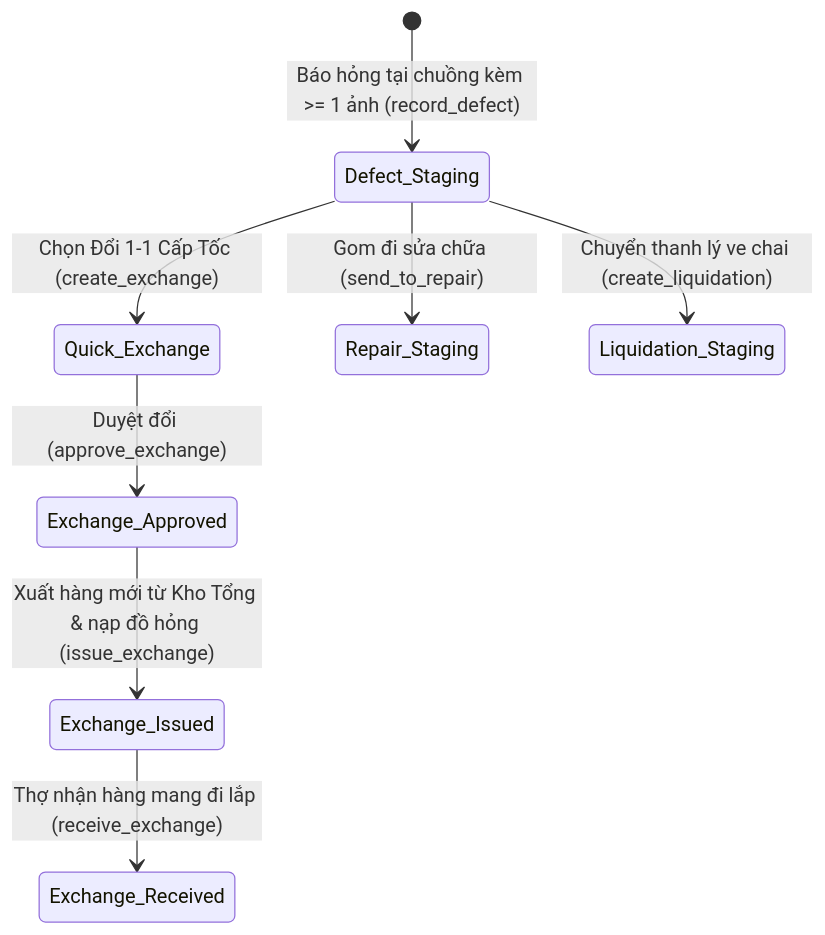
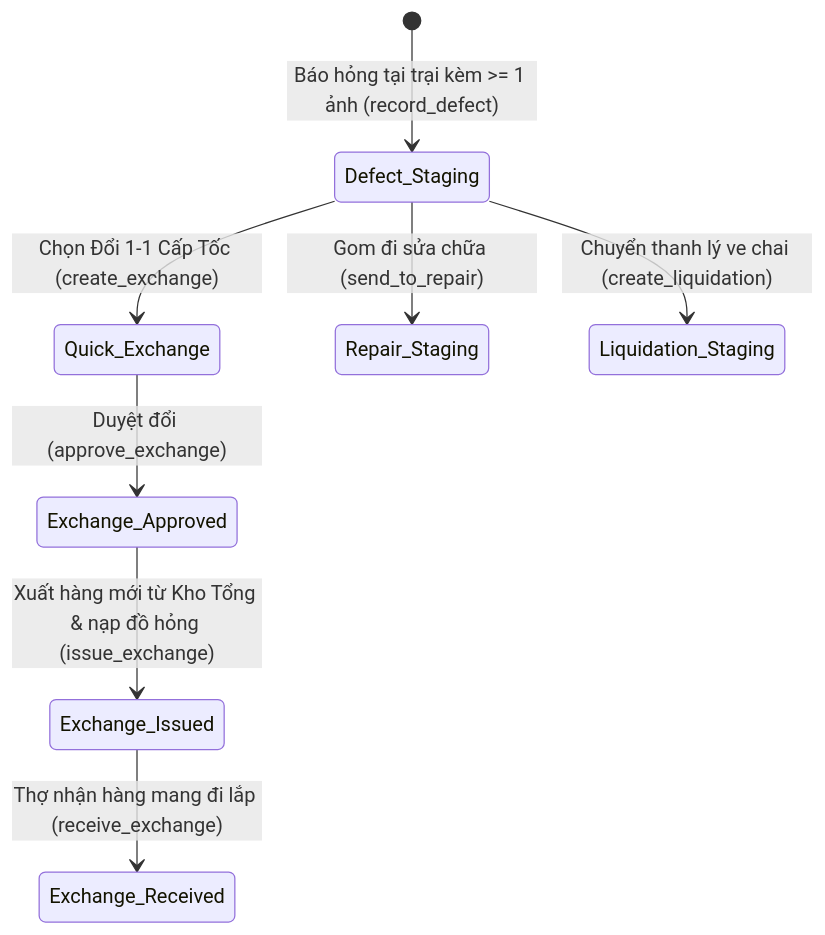
One commit to theiheu/minh-tan-phat-supply changed the fourth of 8 diagrams in docs/architecture/state-machines.md. Above: the diagram before and after it, drawn with Mermaid. The commit also changed other lines of this file and 135 other files, not shown here.

````diff
--- a/docs/architecture/state-machines.md
+++ b/docs/architecture/state-machines.md
@@ -77,10 +77,10 @@
 ```mermaid
 stateDiagram-v2
-    [*] --> Defect_Staging: Báo hỏng tại chuồng kèm >= 1 ảnh (record_defect)
+    [*] --> Defect_Staging: Báo hỏng tại trại kèm >= 1 ảnh (record_defect)
     Defect_Staging --> Quick_Exchange: Chọn Đổi 1-1 Cấp Tốc (create_exchange)
     Quick_Exchange --> Exchange_Approved: Duyệt đổi (approve_exchange)
     Exchange_Approved --> Exchange_Issued: Xuất hàng mới từ Kho Tổng & nạp đồ hỏng (issue_exchange)
     Exchange_Issued --> Exchange_Received: Thợ nhận hàng mang đi lắp (receive_exchange)
     Defect_Staging --> Repair_Staging: Gom đi sửa chữa (send_to_repair)
     Defect_Staging --> Liquidation_Staging: Chuyển thanh lý ve chai (create_liquidation)
 ```
````
